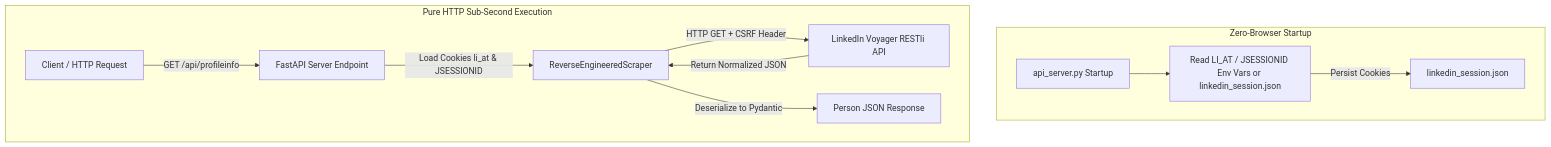
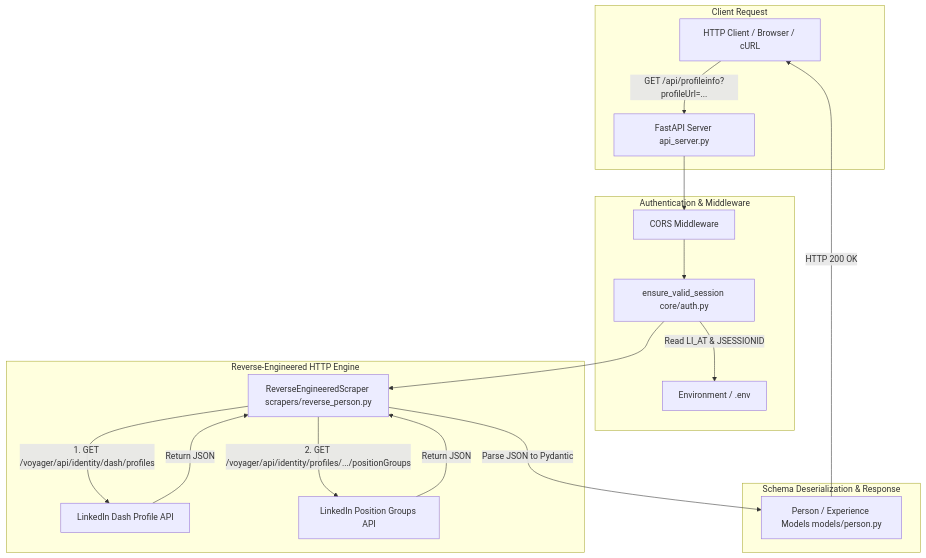
One commit to Mangesh1511/linkedinprofile_api changed the diagram in README.md. Above: the diagram before and after it, drawn with Mermaid. The commit also changed other lines of this file and 8 other files, not shown here.

````diff
--- a/README.md
+++ b/README.md
@@ -9,15 +21,25 @@
 ```mermaid
 flowchart TD
-    subgraph Environment & Session Init [Zero-Browser Startup]
-        Startup[api_server.py Startup] --> ReadEnv[Read LI_AT / JSESSIONID Env Vars or linkedin_session.json]
-        ReadEnv -->|Persist Cookies| Session[linkedin_session.json]
+    subgraph Client Request
+        Client[HTTP Client / Browser / cURL] -->|GET /api/profileinfo?profileUrl=...| Server[FastAPI Server api_server.py]
     end
 
-    subgraph API Request Flow [Pure HTTP Sub-Second Execution]
-        Client[Client / HTTP Request] -->|GET /api/profileinfo| API[FastAPI Server Endpoint]
-        API -->|Load Cookies li_at & JSESSIONID| Engine[ReverseEngineeredScraper]
-        Engine -->|HTTP GET + CSRF Header| Voyager[LinkedIn Voyager RESTli API]
-        Voyager -->|Return Normalized JSON| Engine
-        Engine -->|Deserialize to Pydantic| Resp[Person JSON Response]
+    subgraph Authentication & Middleware
+        Server --> CORS[CORS Middleware]
+        CORS --> Session[ensure_valid_session core/auth.py]
+        Session -->|Read LI_AT & JSESSIONID| CookieStore[Environment / .env]
+    end
+
+    subgraph Reverse-Engineered HTTP Engine
+        Session --> Scraper[ReverseEngineeredScraper scrapers/reverse_person.py]
+        Scraper -->|1. GET /voyager/api/identity/dash/profiles| DashAPI[LinkedIn Dash Profile API]
+        Scraper -->|2. GET /voyager/api/identity/profiles/.../positionGroups| PosAPI[LinkedIn Position Groups API]
+        DashAPI -->|Return JSON| Scraper
+        PosAPI -->|Return JSON| Scraper
+    end
+
+    subgraph Schema Deserialization & Response
+        Scraper -->|Parse JSON to Pydantic| Models[Person / Experience Models models/person.py]
+        Models -->|HTTP 200 OK| Client
     end
 ```
````
